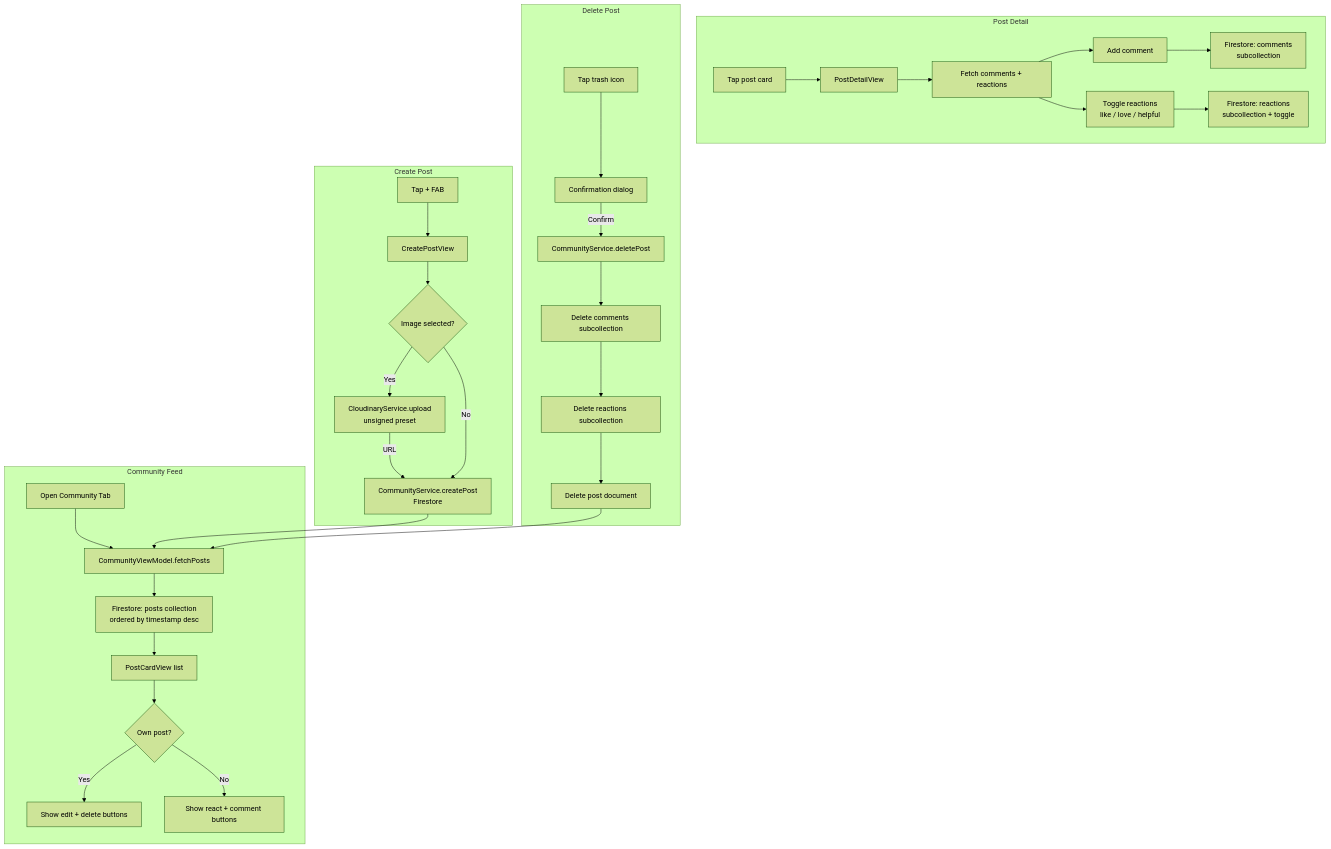
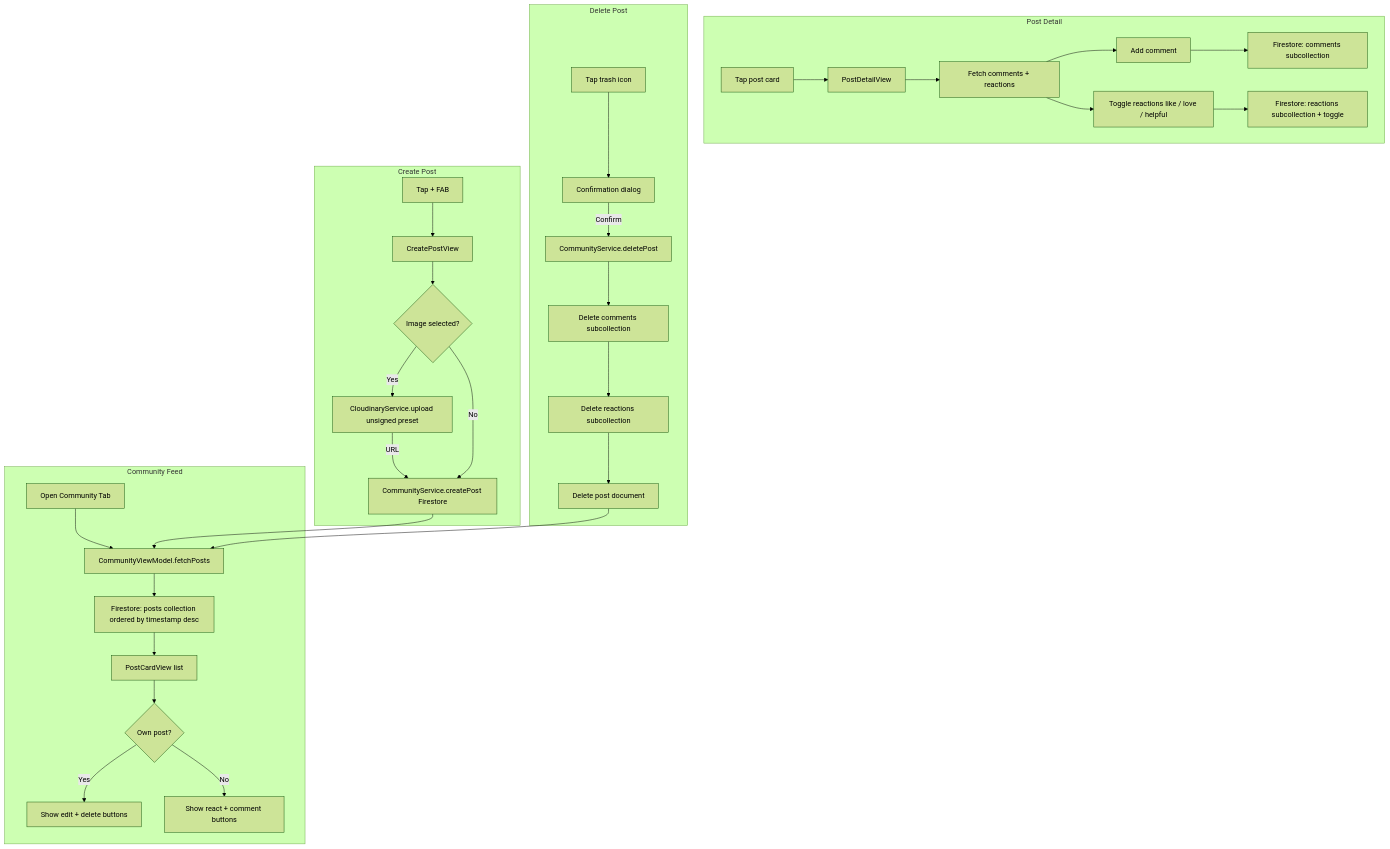
One commit to fahim12345c/AgriBangla-iOS-App changed diagram 12 of 12 in README.md. Above: the diagram before and after it, drawn with Mermaid (forest theme). The commit also changed other lines of this file and 50 other files, not shown here.

````diff
--- a/README.md
+++ b/README.md
@@ -314,38 +557,38 @@
 ```mermaid
 flowchart TD
     subgraph Feed [Community Feed]
         A[Open Community Tab] --> B[CommunityViewModel.fetchPosts]
-        B --> C[Firestore: posts collection<br>ordered by timestamp desc]
+        B --> C[Firestore: posts collection ordered by timestamp desc]
         C --> D[PostCardView list]
         D --> E{Own post?}
         E -->|Yes| F[Show edit + delete buttons]
         E -->|No| G[Show react + comment buttons]
     end
-    
+
     subgraph Create [Create Post]
         H[Tap + FAB] --> I[CreatePostView]
         I --> J{Image selected?}
-        J -->|Yes| K[CloudinaryService.upload<br>unsigned preset]
-        K -->|URL| L[CommunityService.createPost<br>Firestore]
+        J -->|Yes| K[CloudinaryService.upload unsigned preset]
+        K -->|URL| L[CommunityService.createPost Firestore]
         J -->|No| L
         L --> B
     end
-    
+
     subgraph Detail [Post Detail]
         M[Tap post card] --> N[PostDetailView]
         N --> O[Fetch comments + reactions]
-        O --> P[Toggle reactions<br>like / love / helpful]
+        O --> P[Toggle reactions like / love / helpful]
         O --> Q[Add comment]
-        Q --> R[Firestore: comments<br>subcollection]
-        P --> S[Firestore: reactions<br>subcollection + toggle]
+        Q --> R[Firestore: comments subcollection]
+        P --> S[Firestore: reactions subcollection + toggle]
     end
-    
+
     subgraph Delete [Delete Post]
         T[Tap trash icon] --> U[Confirmation dialog]
         U -->|Confirm| V[CommunityService.deletePost]
         V --> W[Delete comments subcollection]
         W --> X[Delete reactions subcollection]
         X --> Y[Delete post document]
         Y --> B
     end
 ```
````
